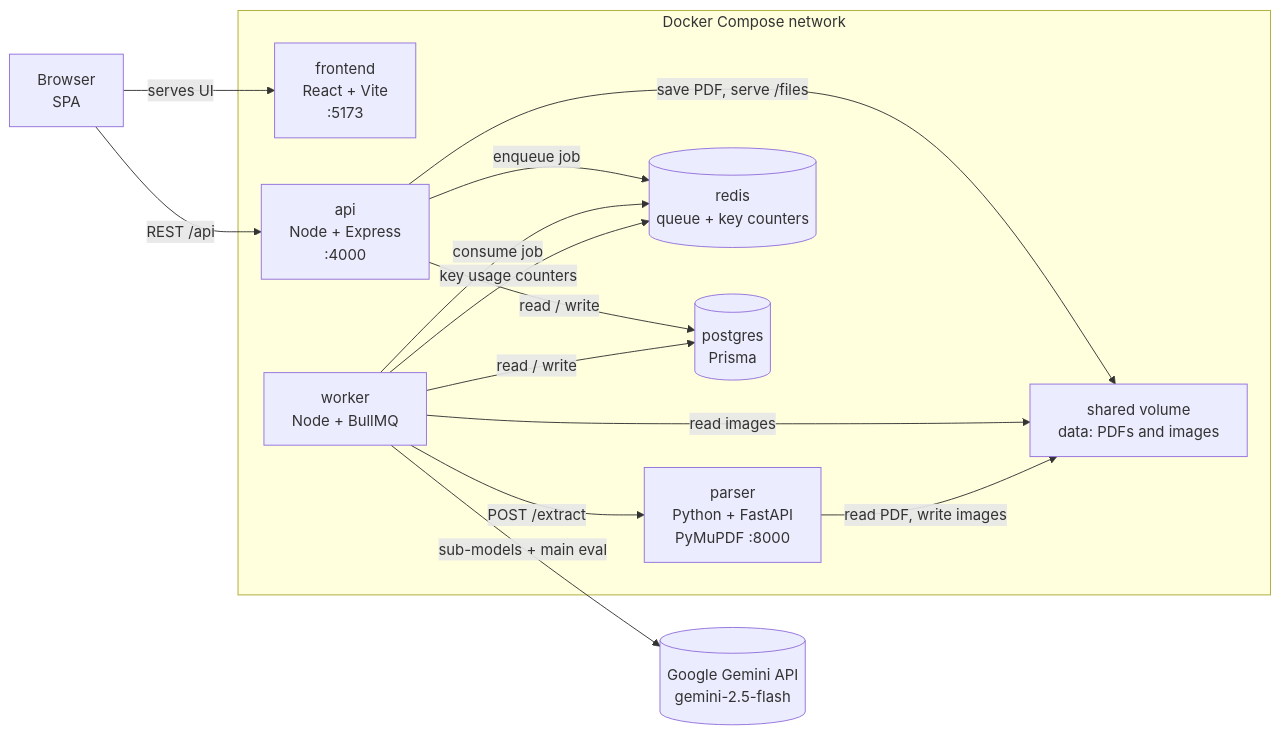
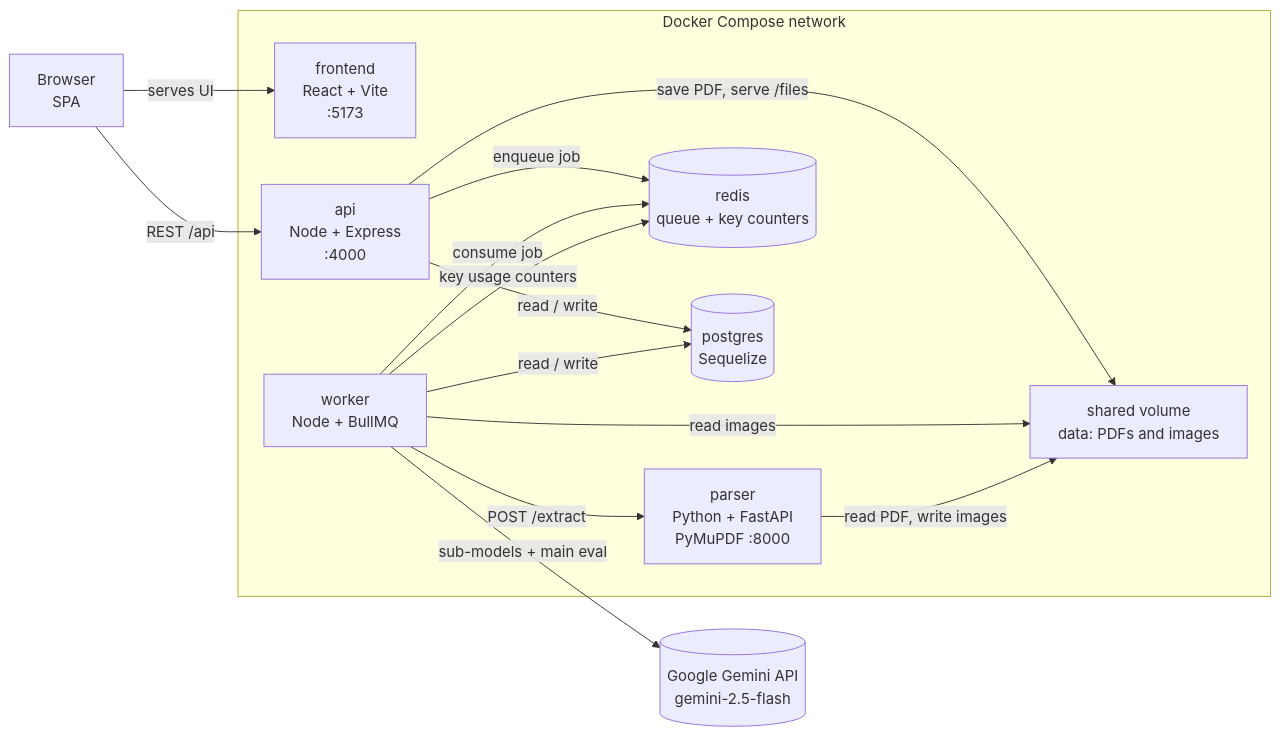
One commit to Lalit-001/ats-scorer changed the first of 5 diagrams in docs/ARCHITECTURE.md. Above: the diagram before and after it, drawn with Mermaid. The commit also changed other lines of this file and 1 other file, not shown here.

Commit message:
docs: reflect Sequelize and basic-details-before-LLM in diagrams

````diff
--- a/docs/ARCHITECTURE.md
+++ b/docs/ARCHITECTURE.md
@@ -13,32 +13,32 @@
 ```mermaid
 flowchart LR
   B["Browser<br/>SPA"]
 
   subgraph compose["Docker Compose network"]
     FE["frontend<br/>React + Vite<br/>:5173"]
     API["api<br/>Node + Express<br/>:4000"]
     WK["worker<br/>Node + BullMQ"]
     PR["parser<br/>Python + FastAPI<br/>PyMuPDF :8000"]
     RD[("redis<br/>queue + key counters")]
-    DB[("postgres<br/>Prisma")]
+    DB[("postgres<br/>Sequelize")]
     VOL["shared volume<br/>data: PDFs and images"]
   end
 
   GEM[("Google Gemini API<br/>gemini-2.5-flash")]
 
   B -->|"serves UI"| FE
   B -->|"REST /api"| API
 
   API -->|"enqueue job"| RD
   API -->|"read / write"| DB
   API -->|"save PDF, serve /files"| VOL
 
   WK -->|"consume job"| RD
   WK -->|"key usage counters"| RD
   WK -->|"POST /extract"| PR
   WK -->|"read / write"| DB
   WK -->|"read images"| VOL
   WK -->|"sub-models + main eval"| GEM
 
   PR -->|"read PDF, write images"| VOL
 ```
````
